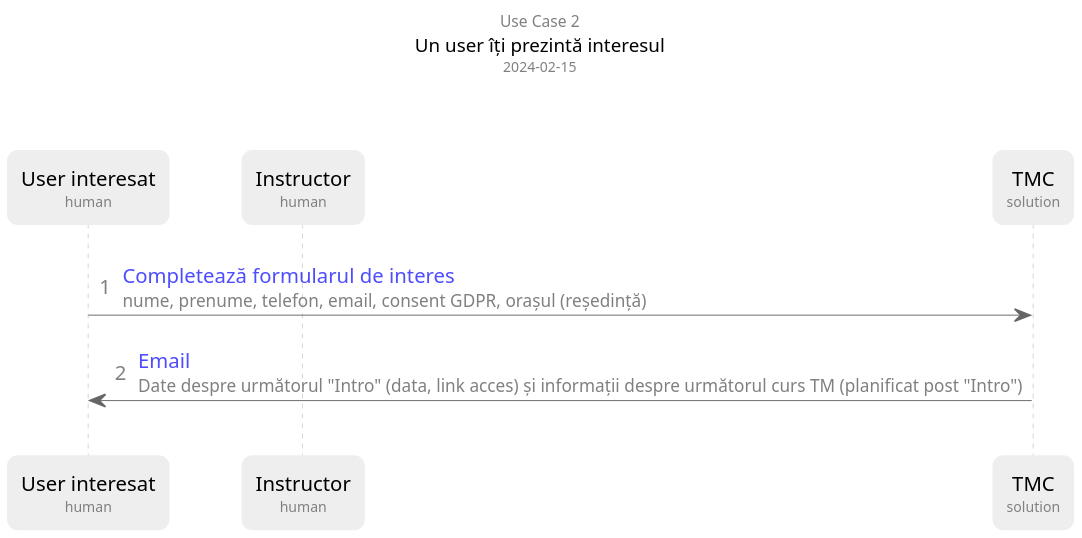
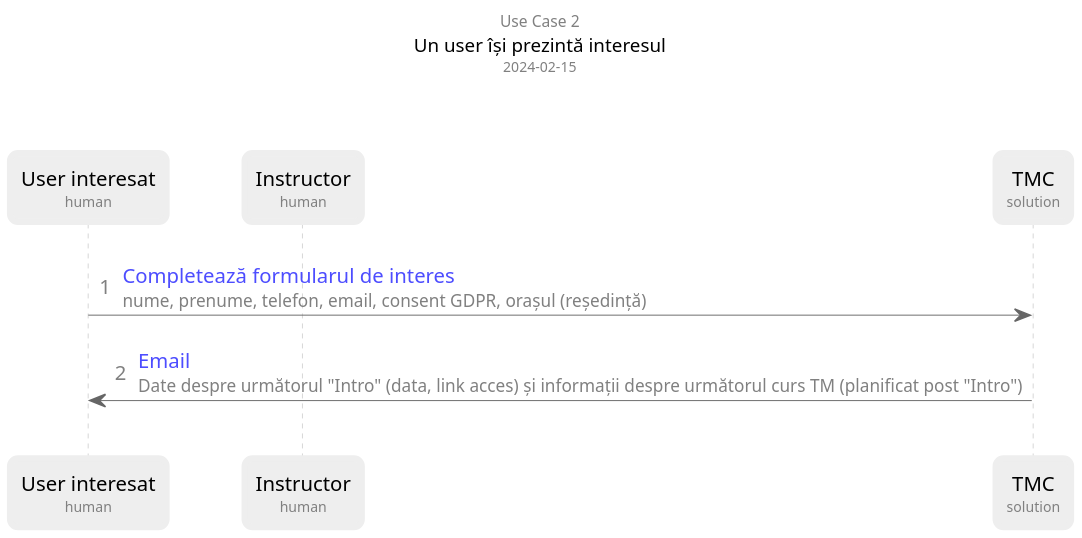
The diagram in doc/sample.puml (dxps/tmc), drawn with PlantUML before and after one commit. The commit also changed 2 other files, not shown here.

```diff
--- a/doc/sample.puml
+++ b/doc/sample.puml
@@ -1,52 +1,52 @@
 @startuml ""
 skinparam dpi 150
 skinparam ArrowFontColor #4d4dff
 skinparam ArrowThickness 0.6
 skinparam Shadowing false
 skinparam RoundCorner 10
 skinparam BoxPadding 10
 skinparam TitleFontStyle regular
 skinparam DefaultFontName Arial
 skinparam DefaultFontSize 13
 skinparam NoteBackgroundColor #F1F1F1
 skinparam NoteBorderThickness 0
 skinparam NoteFontColor #2a2a2a
 skinparam NoteFontSize 10
 skinparam PartitionBorderThickness 1
 skinparam PartitionBorderColor #cccccc
 skinparam SequenceBoxBorderColor #ccc
 skinparam SequenceGroupBorderThickness 1
 skinparam SequenceGroupBorderColor #aaa
 skinparam SequenceGroupHeaderFontStyle normal
 skinparam SequenceGroupHeaderFontSize 11
 skinparam sequenceLifeLineBorderColor #ccc
 skinparam sequenceParticipantBackgroundColor #eee
 skinparam sequenceParticipantBorderColor #eee
 skinparam sequenceParticipantBorderThickness 4
 skinparam sequenceParticipantPadding 20
 skinparam sequence {
   ArrowColor #666666
 }
 autonumber "<font color=gray>## "
 
 title
 <font color="gray" size=10>Use Case 2
-<font size=12>Un user îți prezintă interesul
+<font size=12>Un user își prezintă interesul
 <font size=9 color="gray">2024-02-15</font>
 
 
 end title
 
 participant "User interesat\n<font size=9 color=gray>human" as ui
 participant "Instructor\n<font size=9 color=gray>human" as i
 participant "TMC\n<font size=9 color=gray>solution" as tmc
 
 ||10|
 
 ui -> tmc: Completează formularul de interes\n<font size=11 color=gray>nume, prenume, telefon, email, consent GDPR, orașul (reședință)
 ||8|
 tmc -> ui: Email\n<font size=11 color=gray>Date despre următorul "Intro" (data, link acces) și informații despre următorul curs TM (planificat post "Intro")
 
 ||20|
 
 @enduml
```
